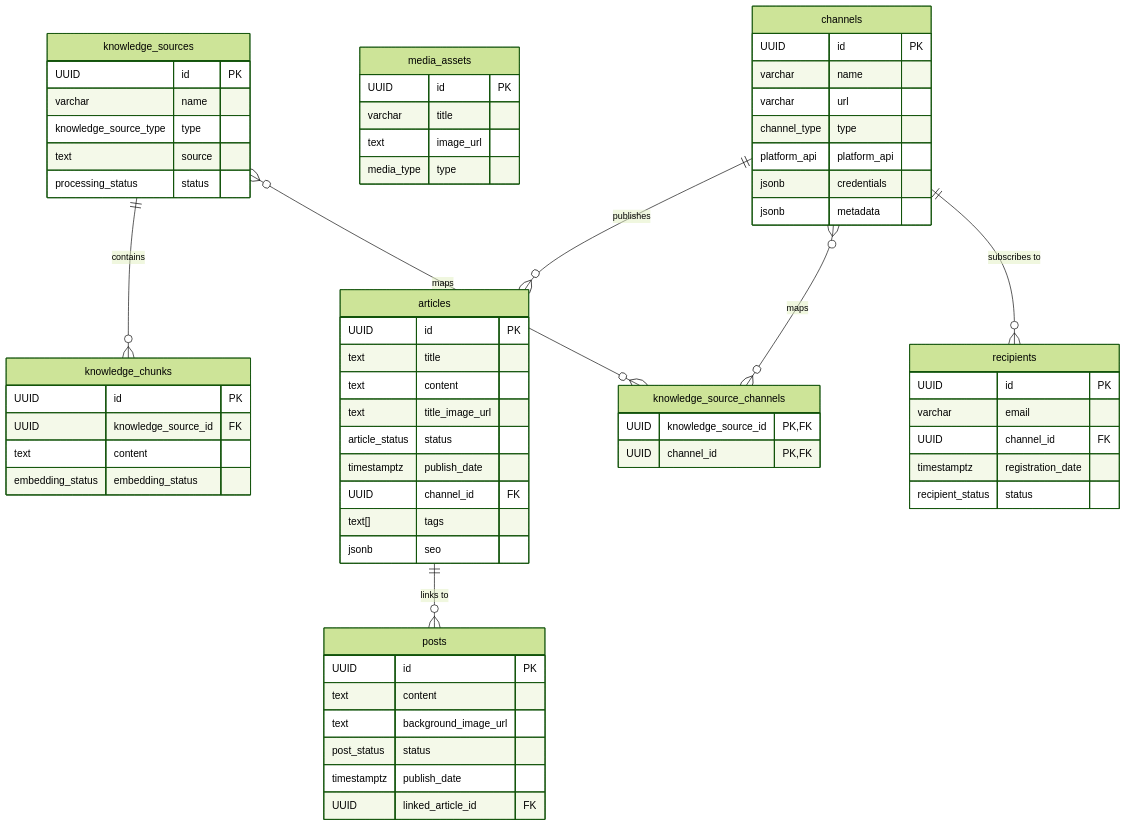
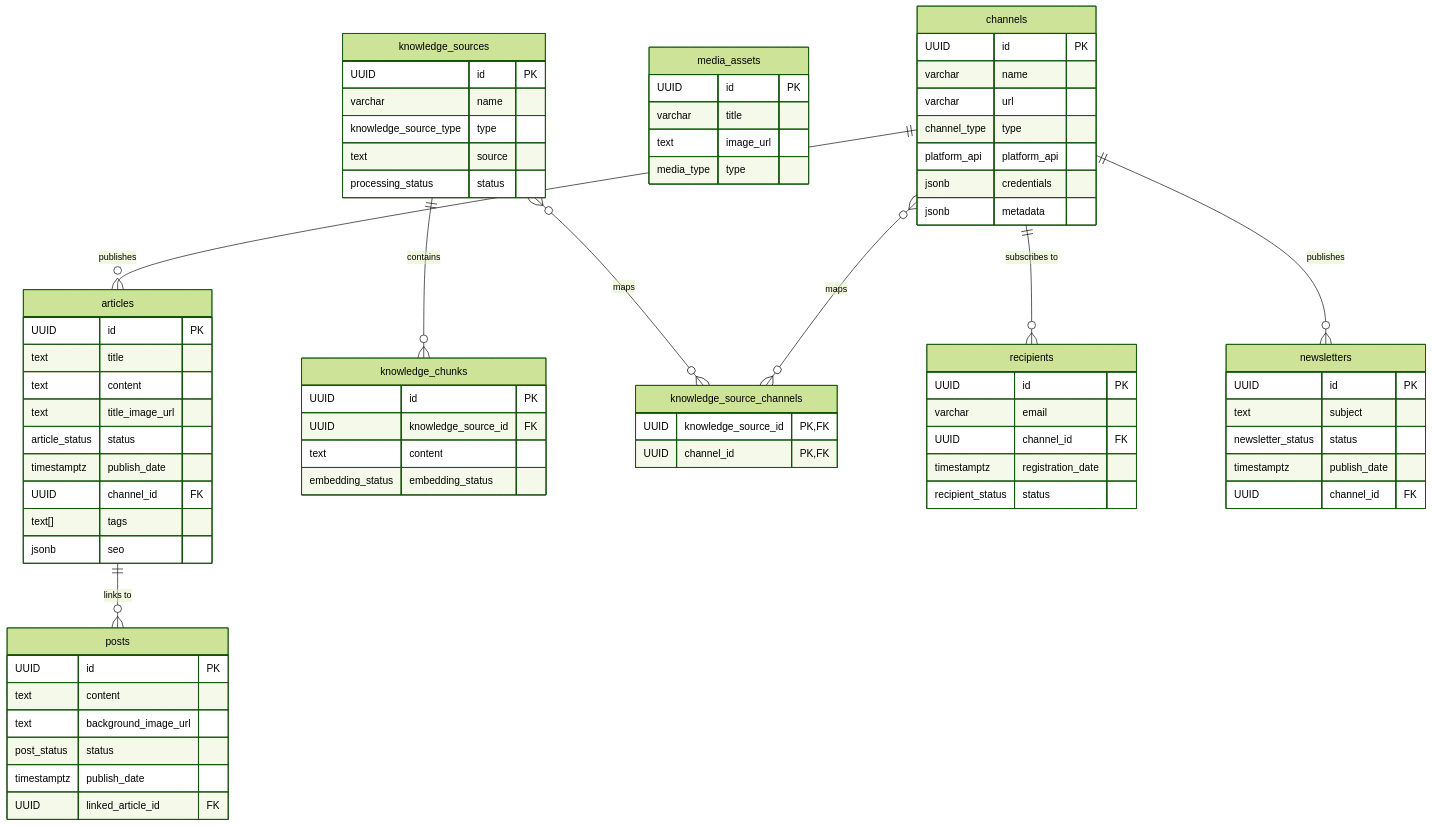
Before and after one commit to mattes337/aistudio-content-ai-backend: the diagram in docs/database_schema.md, drawn with Mermaid (forest theme). The commit also changed other lines of this file and 23 other files, not shown here.

```diff
--- a/docs/database_schema.md
+++ b/docs/database_schema.md
@@ -295,7 +325,16 @@
         recipient_status status
     }
 
+    newsletters {
+        UUID id PK
+        text subject
+        newsletter_status status
+        timestamptz publish_date
+        UUID channel_id FK
+    }
+
     channels ||--o{ articles : "publishes"
+    channels ||--o{ newsletters : "publishes"
     articles ||--o{ posts : "links to"
     knowledge_sources ||--o{ knowledge_chunks : "contains"
     knowledge_sources }o--o{ knowledge_source_channels : "maps"
```
